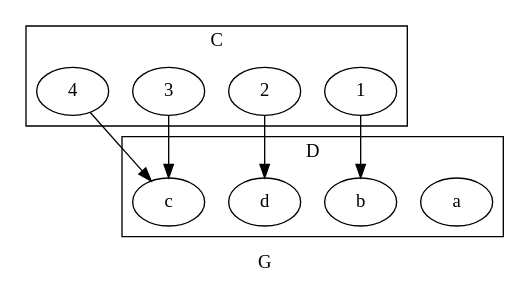
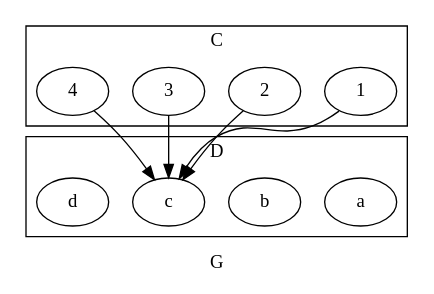
The sixth of 6 diagrams in CSDS 302 - Discrete Math/HW/1.md (tnichols217/notes), drawn with Graphviz before and after one commit. The commit also changed other lines of this file, not shown here.

````diff
--- a/CSDS 302 - Discrete Math/HW/1.md
+++ b/CSDS 302 - Discrete Math/HW/1.md
@@ -277,25 +277,25 @@
 ```dot
 digraph {
 	label=G
 	subgraph {
 		label=C
 		cluster=true
 		a [label=1]
 		b [label=2]
 		c [label=3]
 		d [label=4]
 	}
 	subgraph {
 		label=D
 		cluster=true
 		A [label=a]
 		B [label=b]
 		C [label=c]
 		D [label=d]
 	}
-	a->B
-	b->D
+	a->C
+	b->C
 	c->C
 	d->C
 }
 ```
````
